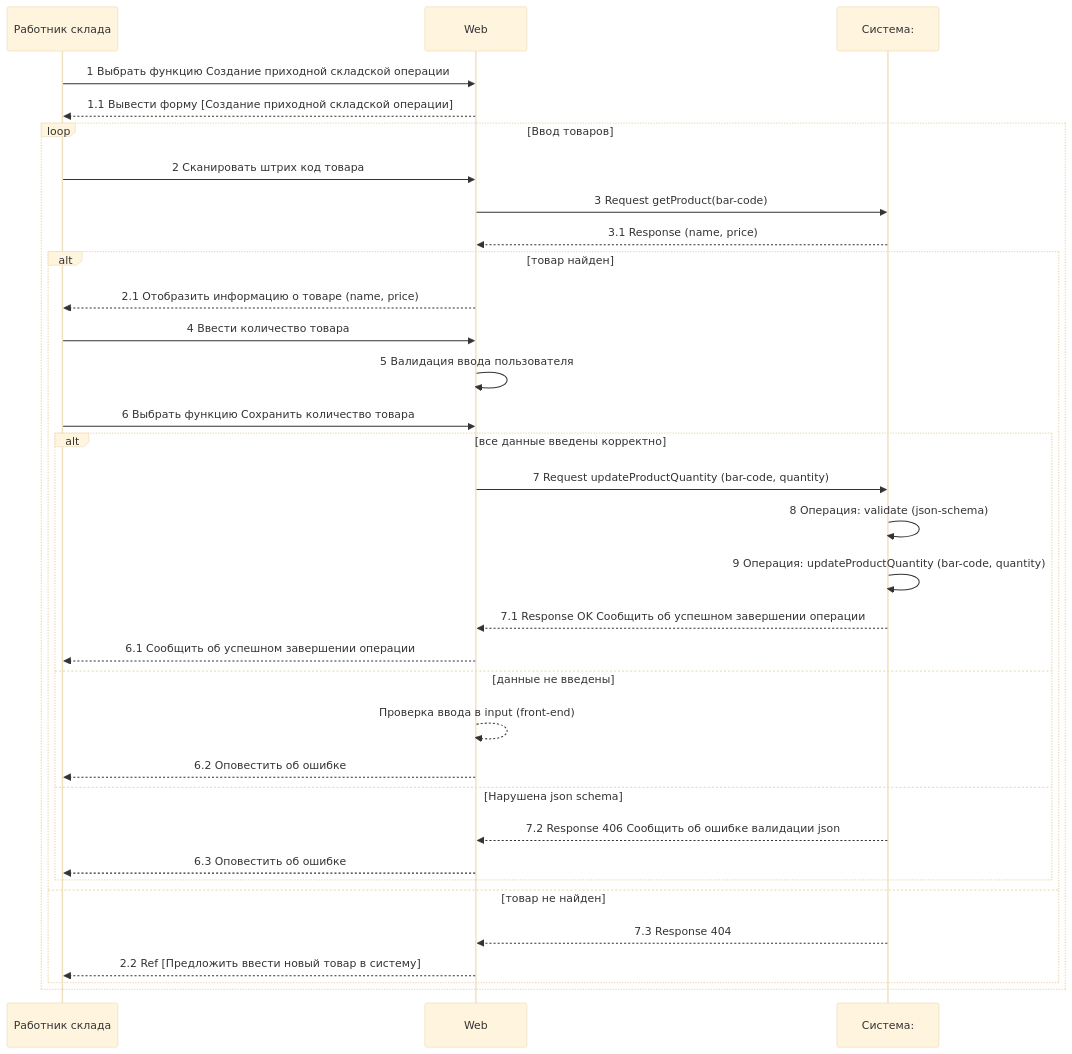
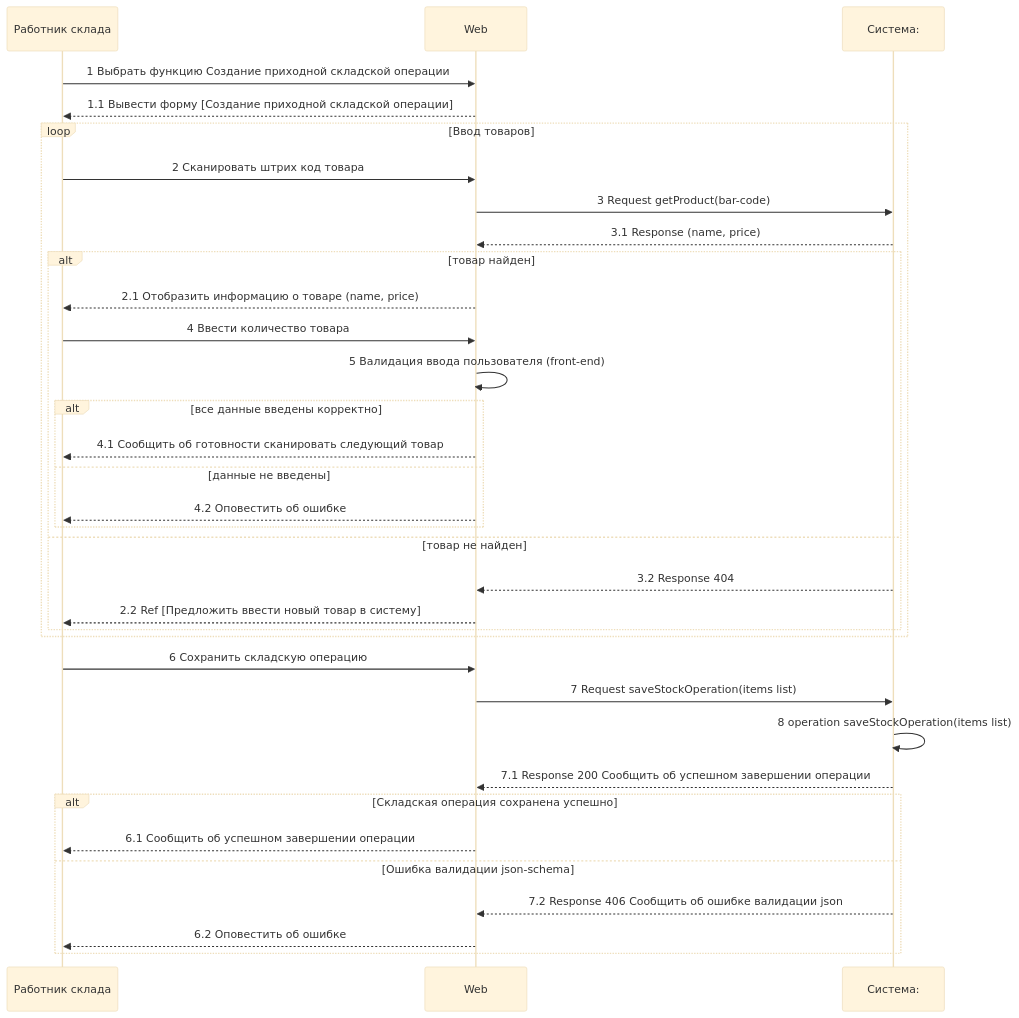
Before and after one commit to PortnovAlex80/node_js_pro: the sixth of 8 diagrams in README.md, drawn with Mermaid (base theme). The commit also changed other lines of this file, not shown here.

````diff
--- a/README.md
+++ b/README.md
@@ -694,38 +697,40 @@
 ```mermaid
 sequenceDiagram
 participant R as Работник склада
 participant W as Web
 participant S as Система:
 
 R ->> W: 1 Выбрать функцию Создание приходной складской операции
 W -->> R: 1.1 Вывести форму [Создание приходной складской операции]
 
 loop Ввод товаров
 R ->> W: 2 Сканировать штрих код товара
 W ->> S: 3 Request getProduct(bar-code)
 S -->> W: 3.1 Response (name, price)
 
  alt товар найден
 	W -->> R: 2.1 Отобразить информацию о товаре (name, price)
     R ->> W: 4 Ввести количество товара
-	W ->> W: 5 Валидация ввода пользователя
-    R ->> W: 6 Выбрать функцию Сохранить количество товара
-    alt все данные введены корректно  
-        W ->> S: 7 Request updateProductQuantity (bar-code, quantity)
-		S ->> S: 8 Операция: validate (json-schema)
-        S ->> S: 9 Операция: updateProductQuantity (bar-code, quantity)
-		S -->> W: 7.1 Response OK Сообщить об успешном завершении операции
-        W -->> R: 6.1 Сообщить об успешном завершении операции
+	W ->> W: 5 Валидация ввода пользователя (front-end)
+   alt все данные введены корректно  
+      W -->> R: 4.1 Сообщить об готовности сканировать следующий товар
     else данные не введены
-	    W -->> W: Проверка ввода в input (front-end)
-        W -->> R: 6.2 Оповестить об ошибке
-    else Нарушена json schema
-    	S -->> W: 7.2 Response 406 Сообщить об ошибке валидации json
-        W -->> R: 6.3 Оповестить об ошибке
+        W -->> R: 4.2 Оповестить об ошибке
     end
 else товар не найден
-	S -->> W: 7.3 Response 404
+	S -->> W: 3.2 Response 404
     W -->> R: 2.2 Ref [Предложить ввести новый товар в систему]
 end
 end
+		R ->> W: 6 Сохранить складскую операцию
+		W ->> S: 7 Request saveStockOperation(items list)
+		S ->> S: 8 operation saveStockOperation(items list)
+    	S -->> W: 7.1 Response 200 Сообщить об успешном завершении операции
+	 alt Складская операция сохранена успешно
+    	 W -->> R: 6.1 Сообщить об успешном завершении операции
+    	 else Ошибка валидации json-schema
+    	 S -->> W: 7.2 Response 406 Сообщить об ошибке валидации json
+    	 W -->> R: 6.2 Оповестить об ошибке
+	 end
+
 ```
````
